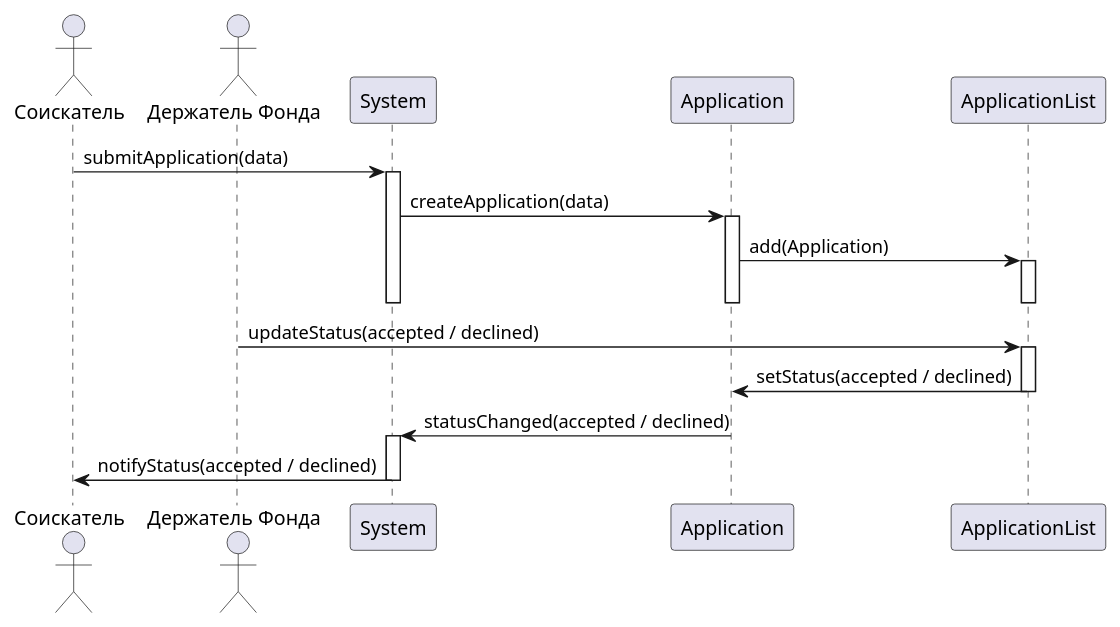
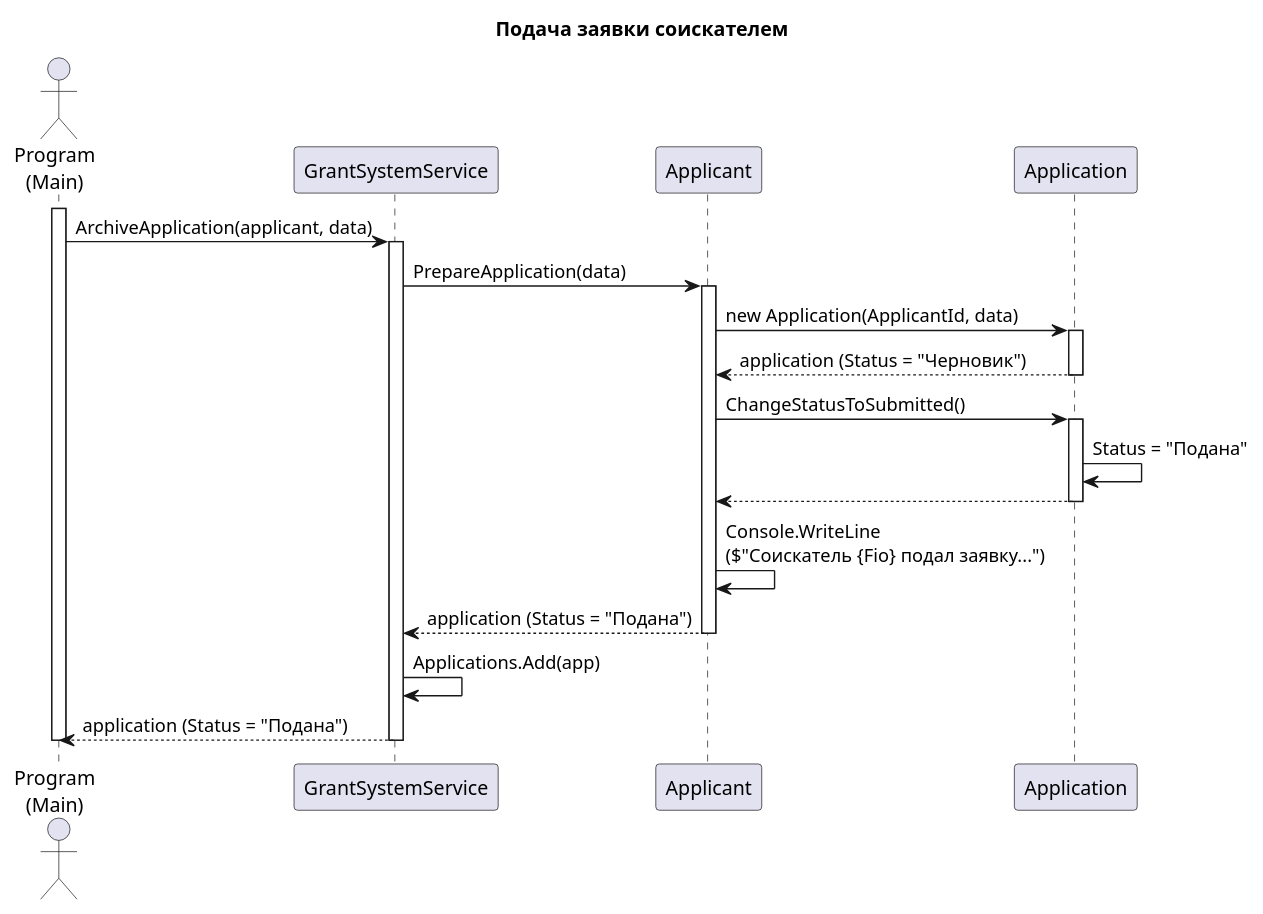
The diagram in Прецеденты/Подача заявки/Диаграмма последовательности Подача заявки.md (penamarth/bsbo-13-23_team2_var9_techexp), drawn with PlantUML before and after one commit. The commit also changed other lines of this file, not shown here.

Commit message:
Вот теперь точно пофиксил

````diff
--- a/Прецеденты/Подача заявки/Диаграмма последовательности Подача заявки.md
+++ b/Прецеденты/Подача заявки/Диаграмма последовательности Подача заявки.md
@@ -1,33 +1,42 @@
 ```plantuml
 @startuml
+title Подача заявки соискателем
 
-actor Соискатель
-actor "Держатель Фонда"
+actor "Program\n(Main)" as program
+participant "GrantSystemService" as service
+participant "Applicant" as applicantObj
+participant "Application" as app
 
-participant System
-participant Application
-participant ApplicationList
+activate program
 
-Соискатель -> System : submitApplication(data)
-activate System
-System -> Application : createApplication(data)
-activate Application
-Application -> ApplicationList : add(Application)
-activate ApplicationList
-deactivate Application
-deactivate ApplicationList
-deactivate System
+program -> service: ArchiveApplication(applicant, data)
+activate service
 
-"Держатель Фонда" -> ApplicationList : updateStatus(accepted / declined)
-activate ApplicationList
-ApplicationList -> Application : setStatus(accepted / declined)
-deactivate ApplicationList
+service -> applicantObj: PrepareApplication(data)
+activate applicantObj
 
-Application -> System : statusChanged(accepted / declined)
-activate System
-System -> Соискатель : notifyStatus(accepted / declined)
-deactivate System
+applicantObj -> app: new Application(ApplicantId, data)
+activate app
+
+app --> applicantObj: application (Status = "Черновик")
+deactivate app
+
+applicantObj -> app: ChangeStatusToSubmitted()
+activate app
+app -> app: Status = "Подана"
+app --> applicantObj
+deactivate app
+
+applicantObj -> applicantObj: Console.WriteLine\n($"Соискатель {Fio} подал заявку...")
+applicantObj --> service: application (Status = "Подана")
+deactivate applicantObj
+
+service -> service: Applications.Add(app)
+
+service --> program: application (Status = "Подана")
+deactivate service
+
+deactivate program
 
 @enduml
-
 ```
````
